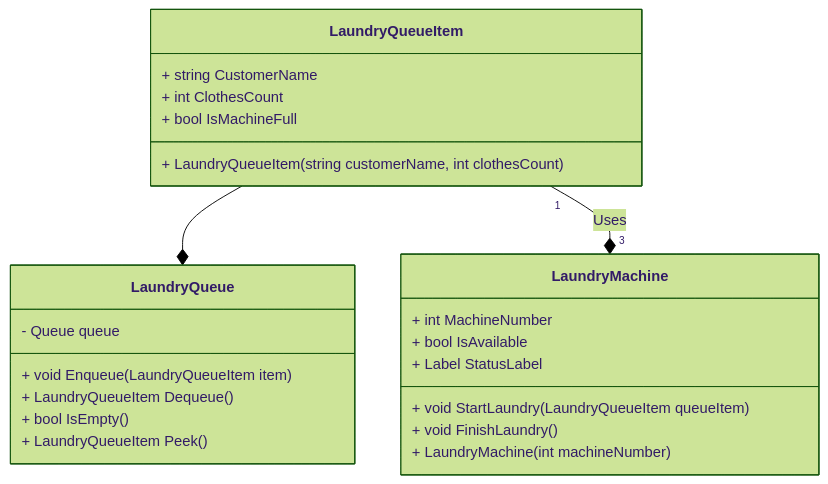
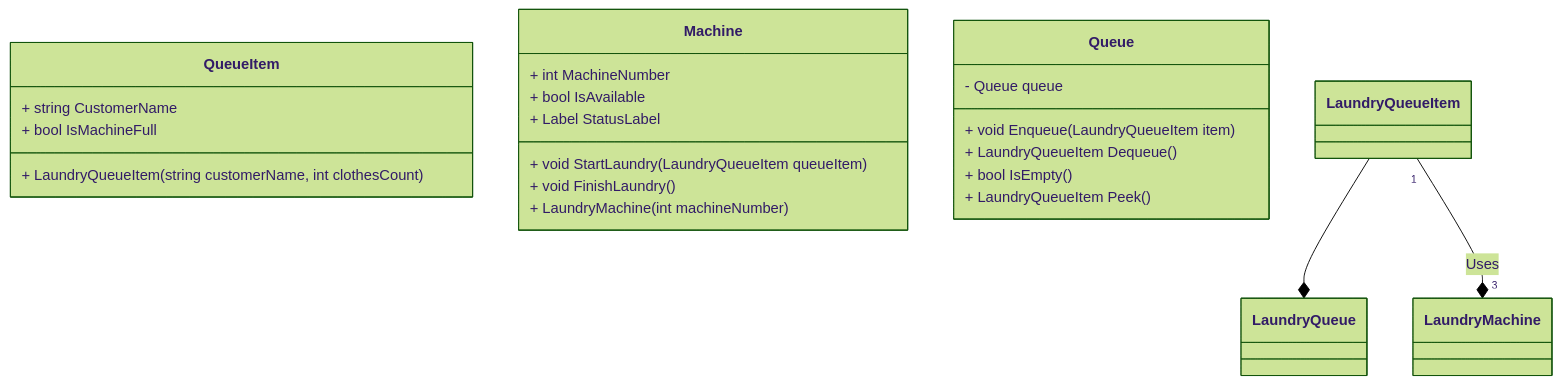
Before and after one commit to Luxkxyz/Project1: the diagram in README.md, drawn with Mermaid (forest theme). The commit also changed other lines of this file, not shown here.

````diff
--- a/README.md
+++ b/README.md
@@ -21,29 +39,28 @@
 ```mermaid
 classDiagram
-    class LaundryQueueItem {
+    class QueueItem {
         + string CustomerName
-        + int ClothesCount
         + bool IsMachineFull
         + LaundryQueueItem(string customerName, int clothesCount)
     }
 
-    class LaundryMachine {
+    class Machine {
         + int MachineNumber
         + bool IsAvailable
         + Label StatusLabel
         + void StartLaundry(LaundryQueueItem queueItem)
         + void FinishLaundry()
         + LaundryMachine(int machineNumber)
     }
 
-    class LaundryQueue {
+    class Queue {
         - Queue<LaundryQueueItem> queue
         + void Enqueue(LaundryQueueItem item)
         + LaundryQueueItem Dequeue()
         + bool IsEmpty()
         + LaundryQueueItem Peek()
     }
 
     LaundryQueueItem --* LaundryQueue
     LaundryQueueItem "1" --* "3" LaundryMachine : Uses
 ```
````
